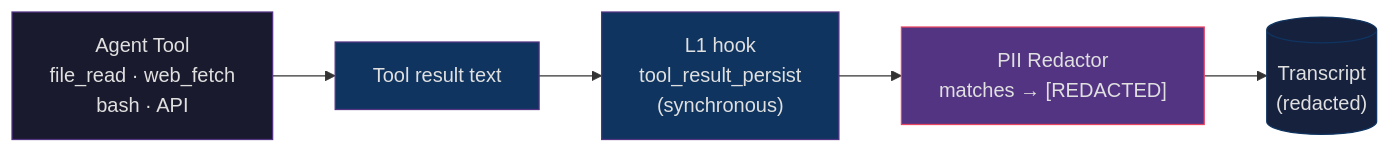
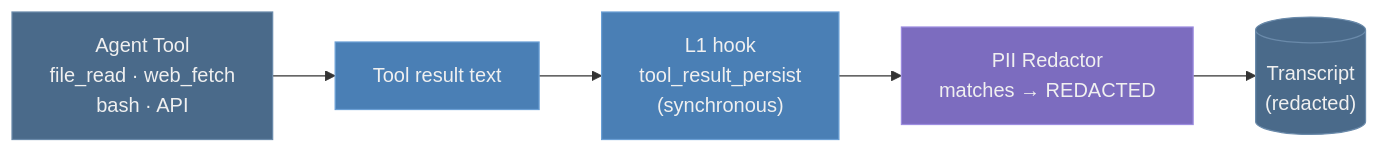
One commit to OpenObscure/OpenObscure changed the eighth of 15 diagrams in ARCHITECTURE.md. Above: the diagram before and after it, drawn with Mermaid. The commit also changed other lines of this file and 7 other files, not shown here.

First line of the commit message:
Improve diagrams, screenshot, and repo hygiene

````diff
--- a/ARCHITECTURE.md
+++ b/ARCHITECTURE.md
@@ -352,14 +352,14 @@
 ```mermaid
 flowchart LR
-    tool["Agent Tool\nfile_read · web_fetch\nbash · API"]
+    tool["Agent Tool<br>file_read · web_fetch<br>bash · API"]
     tool --> result["Tool result text"]
-    result --> hook["L1 hook\ntool_result_persist\n(synchronous)"]
-    hook --> redact["PII Redactor\nmatches → [REDACTED]"]
-    redact --> persist[("Transcript\n(redacted)")]
+    result --> hook["L1 hook<br>tool_result_persist<br>(synchronous)"]
+    hook --> redact["PII Redactor<br>matches → REDACTED"]
+    redact --> persist[("Transcript<br>(redacted)")]
 
-    style tool fill:#1a1a2e,stroke:#533483,color:#e0e0e0
-    style result fill:#0f3460,stroke:#533483,color:#e0e0e0
-    style hook fill:#0f3460,stroke:#533483,color:#e0e0e0
-    style redact fill:#533483,stroke:#e94560,color:#e0e0e0
-    style persist fill:#16213e,stroke:#0f3460,color:#e0e0e0
+    style tool fill:#4a6a8a,stroke:#6a8aaa,color:#f0f0f0
+    style result fill:#4a7fb5,stroke:#6a9fd5,color:#f0f0f0
+    style hook fill:#4a7fb5,stroke:#6a9fd5,color:#f0f0f0
+    style redact fill:#7c6cbf,stroke:#9c8cdf,color:#f0f0f0
+    style persist fill:#4a6a8a,stroke:#6a8aaa,color:#f0f0f0
 ```
````
